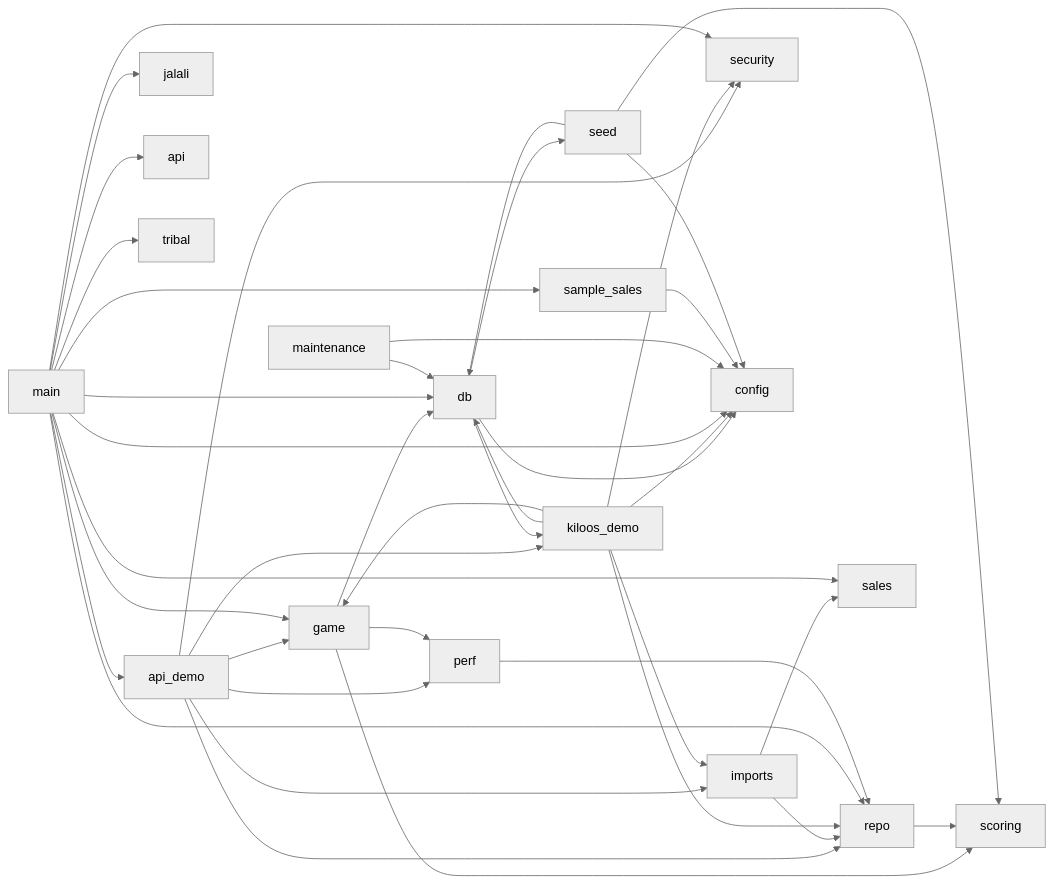
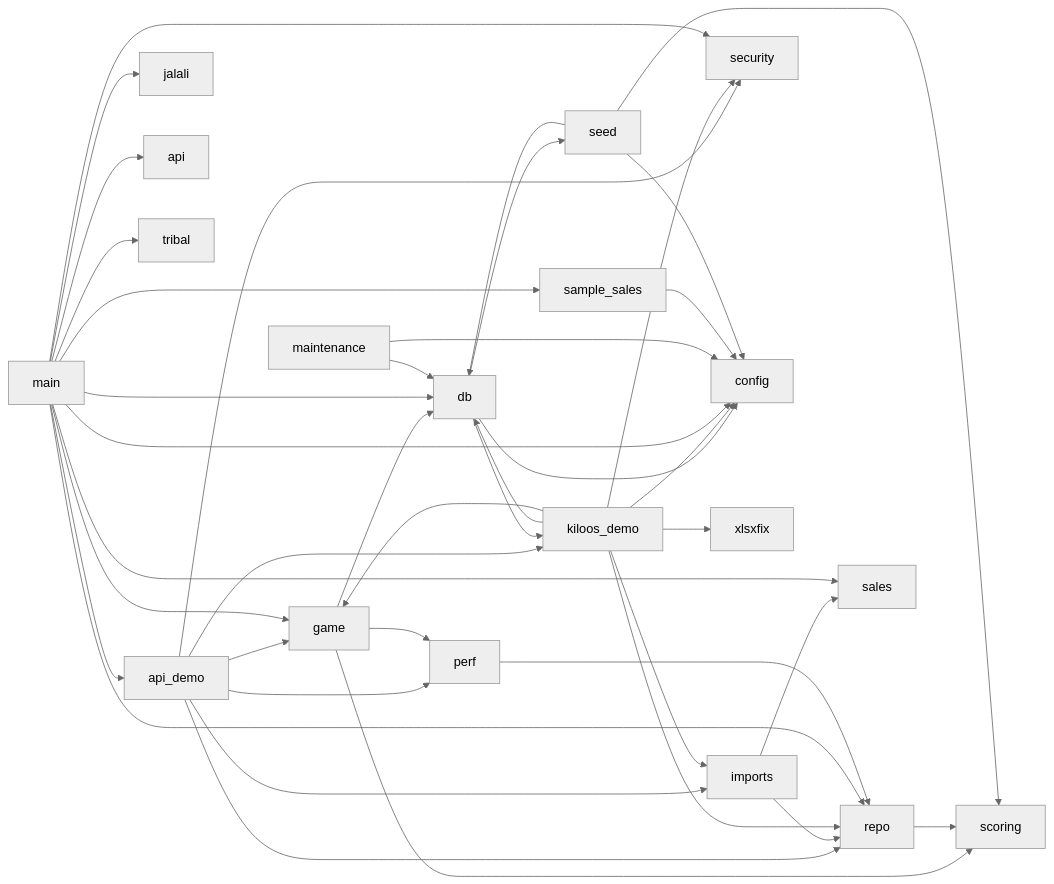
Before and after one commit to iciiex/comu-center: the diagram in docs/agent-guide/code-map.md, drawn with Mermaid (neutral theme). The commit also changed other lines of this file and 8 other files, not shown here.

````diff
--- a/docs/agent-guide/code-map.md
+++ b/docs/agent-guide/code-map.md
@@ -51,42 +51,43 @@
 ```mermaid
 graph LR
     api_demo --> game
     api_demo --> imports
     api_demo --> kiloos_demo
     api_demo --> perf
     api_demo --> repo
     api_demo --> security
     db --> config
     db --> kiloos_demo
     db --> seed
     game --> db
     game --> perf
     game --> scoring
     imports --> repo
     imports --> sales
     kiloos_demo --> config
     kiloos_demo --> db
     kiloos_demo --> game
     kiloos_demo --> imports
+    kiloos_demo --> xlsxfix
     kiloos_demo --> repo
     kiloos_demo --> security
     main --> api_demo
     main --> config
     main --> db
     main --> game
     main --> jalali
     main --> api
     main --> repo
     main --> sales
     main --> sample_sales
     main --> security
     main --> tribal
     maintenance --> config
     maintenance --> db
     perf --> repo
     repo --> scoring
     sample_sales --> config
     seed --> config
     seed --> db
     seed --> scoring
 ```
````
